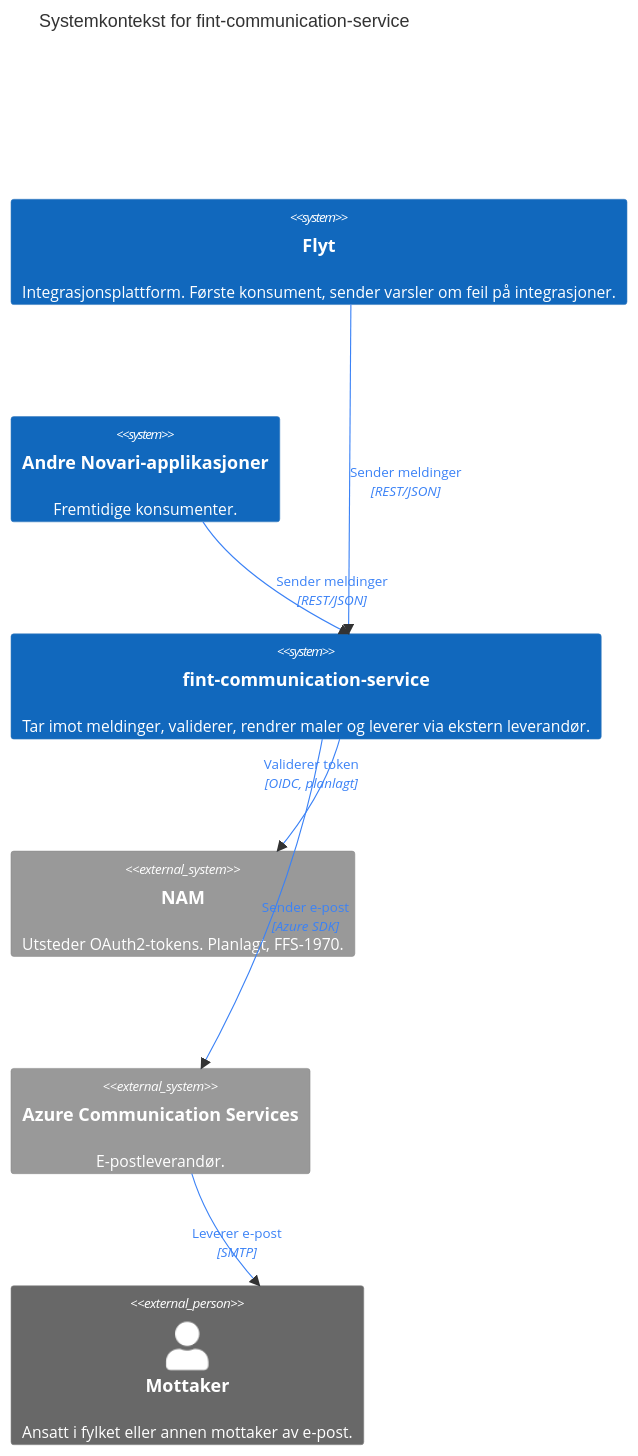
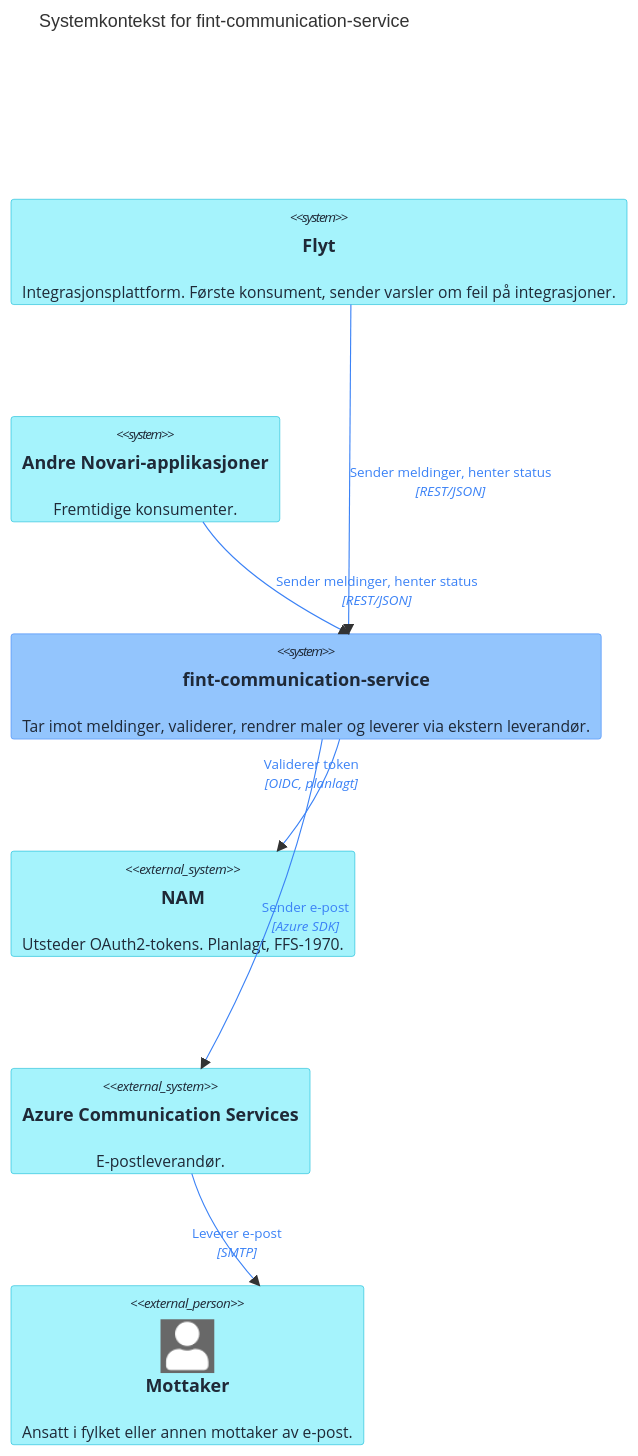
Before and after one commit to FINTLabs/fint-communication-service: the first of 14 diagrams in docs/architecture.md, drawn with Mermaid. The commit also changed other lines of this file and 35 other files, not shown here.

````diff
--- a/docs/architecture.md
+++ b/docs/architecture.md
@@ -36,24 +36,30 @@
 ```mermaid
 C4Context
     title Systemkontekst for fint-communication-service
 
     System(flyt, "Flyt", "Integrasjonsplattform. Første konsument, sender varsler om feil på integrasjoner.")
     System(andre, "Andre Novari-applikasjoner", "Fremtidige konsumenter.")
     System(comm, "fint-communication-service", "Tar imot meldinger, validerer, rendrer maler og leverer via ekstern leverandør.")
     System_Ext(nam, "NAM", "Utsteder OAuth2-tokens. Planlagt, FFS-1970.")
     System_Ext(acs, "Azure Communication Services", "E-postleverandør.")
     Person_Ext(mottaker, "Mottaker", "Ansatt i fylket eller annen mottaker av e-post.")
 
-    Rel(flyt, comm, "Sender meldinger", "REST/JSON")
-    Rel(andre, comm, "Sender meldinger", "REST/JSON")
+    Rel(flyt, comm, "Sender meldinger, henter status", "REST/JSON")
+    Rel(andre, comm, "Sender meldinger, henter status", "REST/JSON")
     Rel(comm, nam, "Validerer token", "OIDC, planlagt")
     Rel(comm, acs, "Sender e-post", "Azure SDK")
     Rel(acs, mottaker, "Leverer e-post", "SMTP")
 
     UpdateRelStyle(flyt, comm, $textColor="#3B82F6", $lineColor="#3B82F6")
     UpdateRelStyle(andre, comm, $textColor="#3B82F6", $lineColor="#3B82F6")
     UpdateRelStyle(comm, nam, $textColor="#3B82F6", $lineColor="#3B82F6", $offsetY="-30", $offsetX="-40")
     UpdateRelStyle(comm, acs, $textColor="#3B82F6", $lineColor="#3B82F6")
     UpdateRelStyle(acs, mottaker, $textColor="#3B82F6", $lineColor="#3B82F6", $offsetX="-30")
+    UpdateElementStyle(comm, $bgColor="#93C5FD", $fontColor="#1F2937", $borderColor="#3B82F6")
+    UpdateElementStyle(flyt, $bgColor="#A5F3FC", $fontColor="#1F2937", $borderColor="#06B6D4")
+    UpdateElementStyle(andre, $bgColor="#A5F3FC", $fontColor="#1F2937", $borderColor="#06B6D4")
+    UpdateElementStyle(nam, $bgColor="#A5F3FC", $fontColor="#1F2937", $borderColor="#06B6D4")
+    UpdateElementStyle(acs, $bgColor="#A5F3FC", $fontColor="#1F2937", $borderColor="#06B6D4")
+    UpdateElementStyle(mottaker, $bgColor="#A5F3FC", $fontColor="#1F2937", $borderColor="#06B6D4")
     UpdateLayoutConfig($c4ShapeInRow="2", $c4BoundaryInRow="1")
 ```
````
